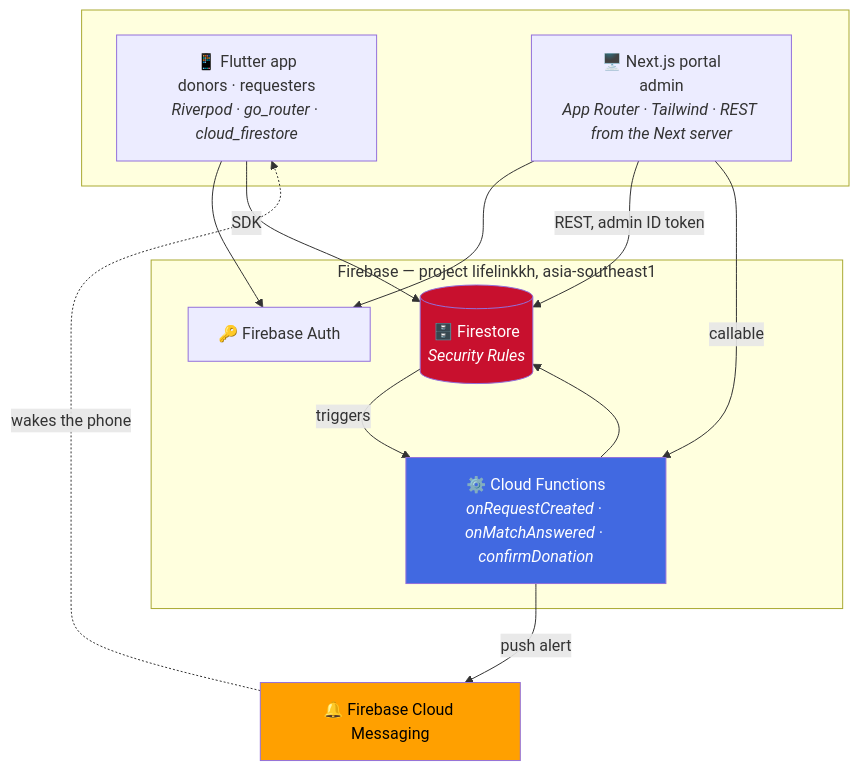
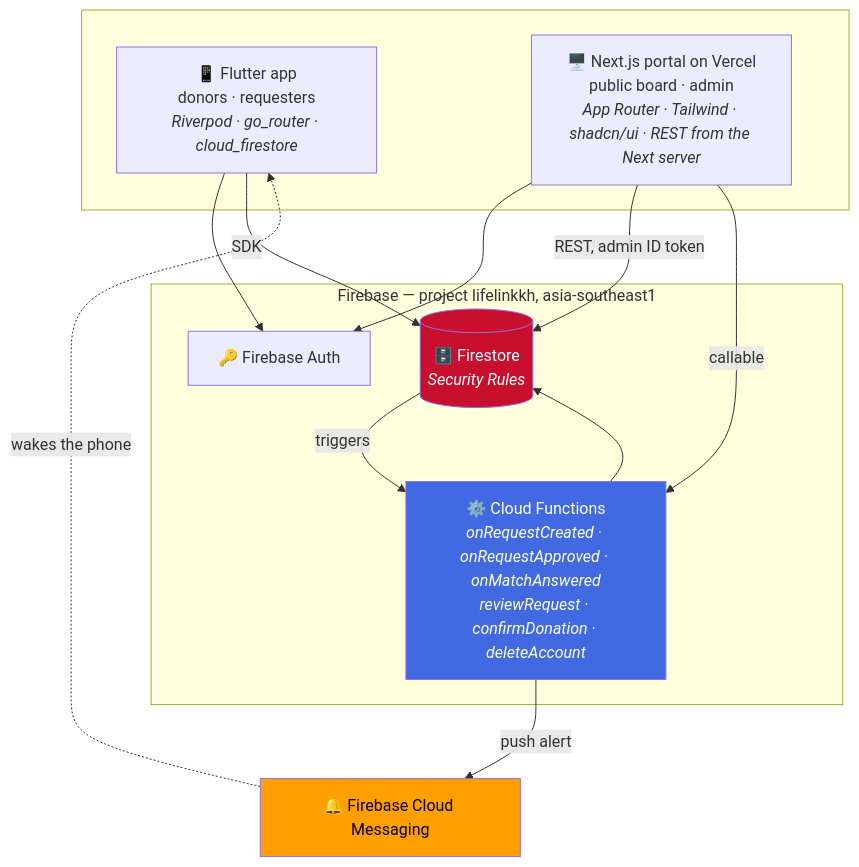
Before and after one commit to NemSothea/LifeLinkKh: the first of 2 diagrams in README.md, drawn with Mermaid. The commit also changed other lines of this file, not shown here.

First line of the commit message:
docs: bring the README up to DEC-015–017, the portal redesign and the sideload release

````diff
--- a/README.md
+++ b/README.md
@@ -80,28 +99,28 @@
 ```mermaid
 flowchart TB
     subgraph clients [" "]
         M["📱 Flutter app<br/>donors · requesters<br/><i>Riverpod · go_router · cloud_firestore</i>"]
-        W["🖥️ Next.js portal<br/>admin<br/><i>App Router · Tailwind · REST from the Next server</i>"]
+        W["🖥️ Next.js portal on Vercel<br/>public board · admin<br/><i>App Router · Tailwind · shadcn/ui · REST from the Next server</i>"]
     end
 
     subgraph fb ["Firebase — project lifelinkkh, asia-southeast1"]
         AUTH["🔑 Firebase Auth"]
         FS[("🗄️ Firestore<br/><i>Security Rules</i>")]
-        FN["⚙️ Cloud Functions<br/><i>onRequestCreated · onMatchAnswered · confirmDonation</i>"]
+        FN["⚙️ Cloud Functions<br/><i>onRequestCreated · onRequestApproved · onMatchAnswered<br/>reviewRequest · confirmDonation · deleteAccount</i>"]
     end
     FCM["🔔 Firebase Cloud Messaging"]
 
     M --> AUTH
     W --> AUTH
     M -->|SDK| FS
     W -->|REST, admin ID token| FS
     W -->|callable| FN
     FS -->|triggers| FN
     FN --> FS
     FN -->|push alert| FCM
     FCM -.->|wakes the phone| M
 
     style FS fill:#C8102E,color:#fff
     style FN fill:#4169E1,color:#fff
     style FCM fill:#FFA000,color:#000
 ```
````
